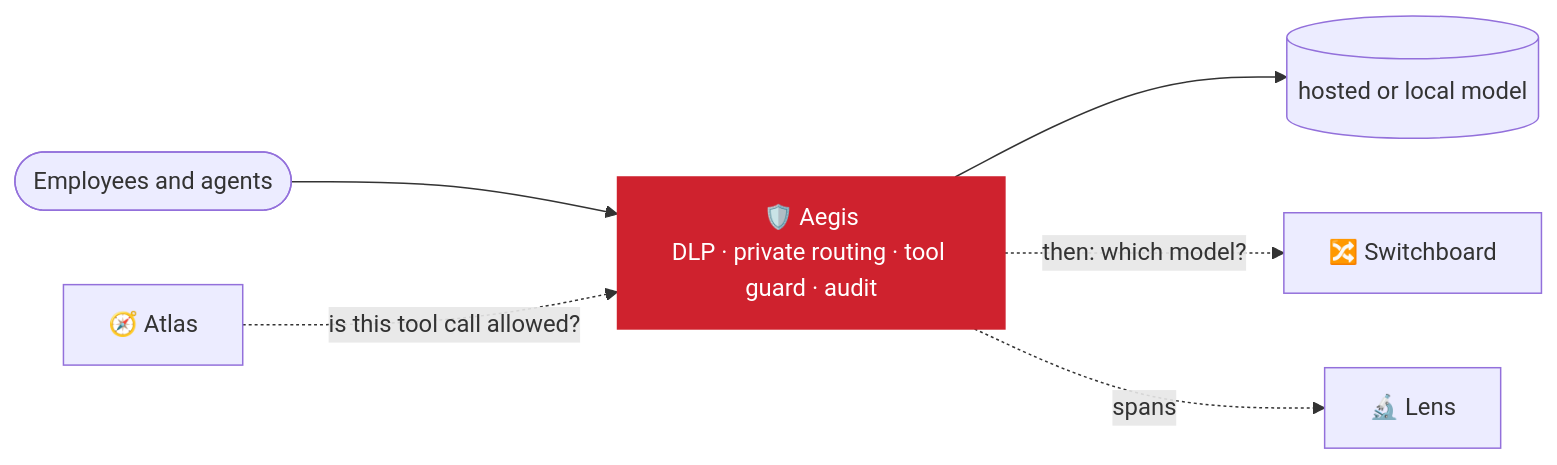
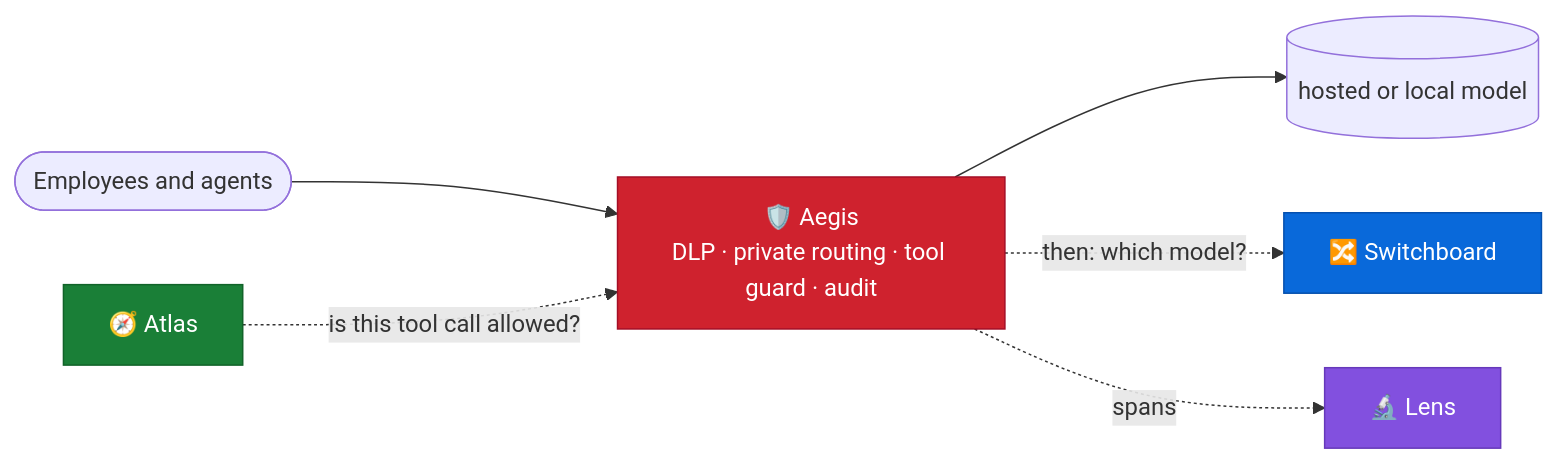
Before and after one commit to kumarlakshya24/enterprise-ai-platform: the second of 2 diagrams in secure-ai-gateway/README.md, drawn with Mermaid. The commit also changed 9 other files, not shown here.

First line of the commit message:
docs: one colour per project across every architecture diagram (#11)

````diff
--- a/secure-ai-gateway/README.md
+++ b/secure-ai-gateway/README.md
@@ -331,9 +331,18 @@
 ```mermaid
 flowchart LR
   U([Employees and agents]) --> AEG[🛡️ Aegis<br/>DLP · private routing · tool guard · audit]
   AEG --> LLM[("hosted or local model")]
   AEG -. "then: which model?" .-> SW[🔀 Switchboard]
   ATL[🧭 Atlas] -. "is this tool call allowed?" .-> AEG
   AEG -. "spans" .-> LENS[🔬 Lens]
-  style AEG fill:#cf222e,color:#fff,stroke:#cf222e
+  classDef aegis fill:#cf222e,stroke:#a40e26,color:#fff
+  classDef switchboard fill:#0969da,stroke:#0550ae,color:#fff
+  classDef lumen fill:#bf8700,stroke:#9a6700,color:#fff
+  classDef atlas fill:#1a7f37,stroke:#116329,color:#fff
+  classDef forge fill:#bc4c00,stroke:#953800,color:#fff
+  classDef lens fill:#8250df,stroke:#6639ba,color:#fff
+  class AEG aegis
+  class SW switchboard
+  class ATL atlas
+  class LENS lens
 ```
````
